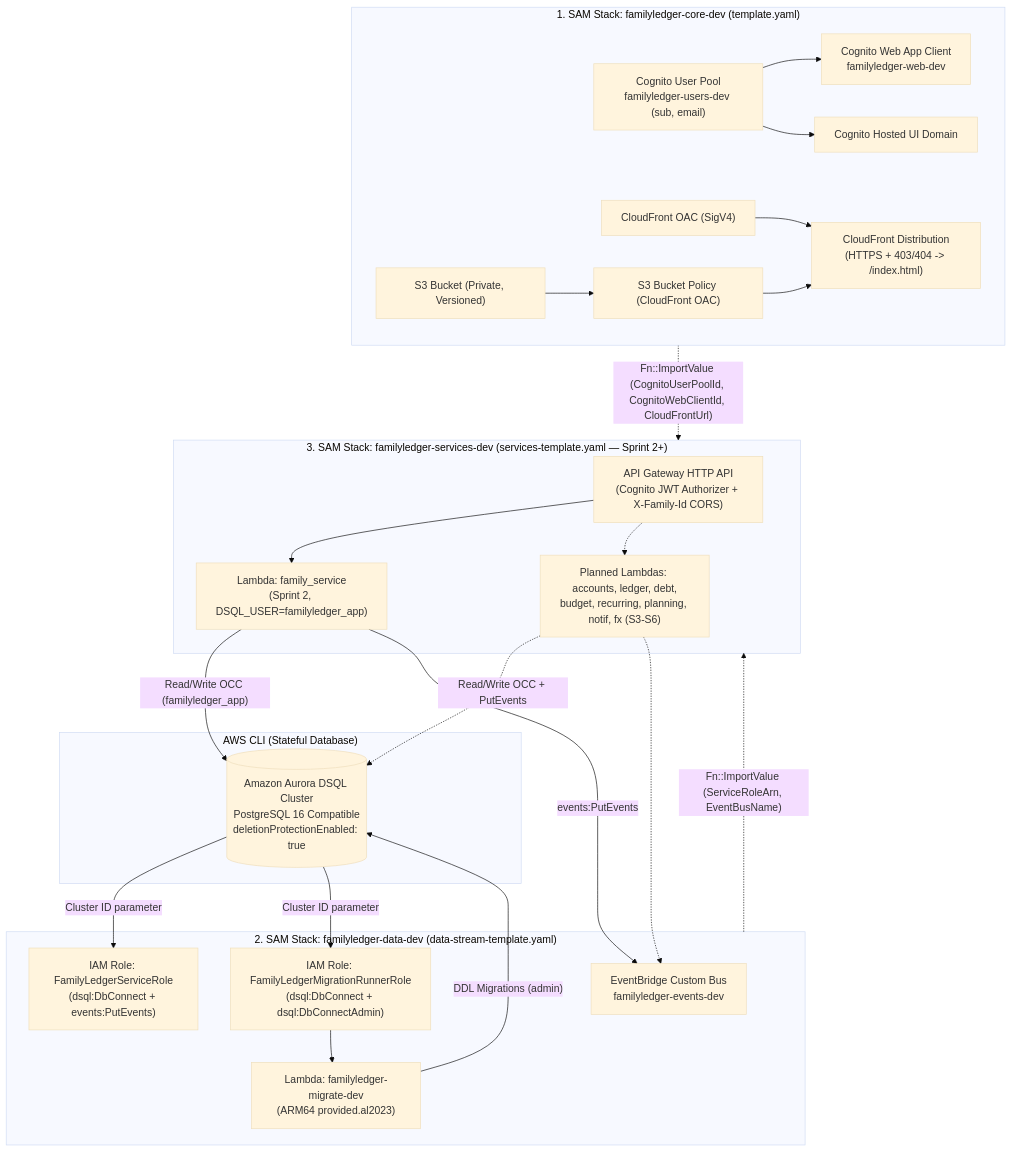
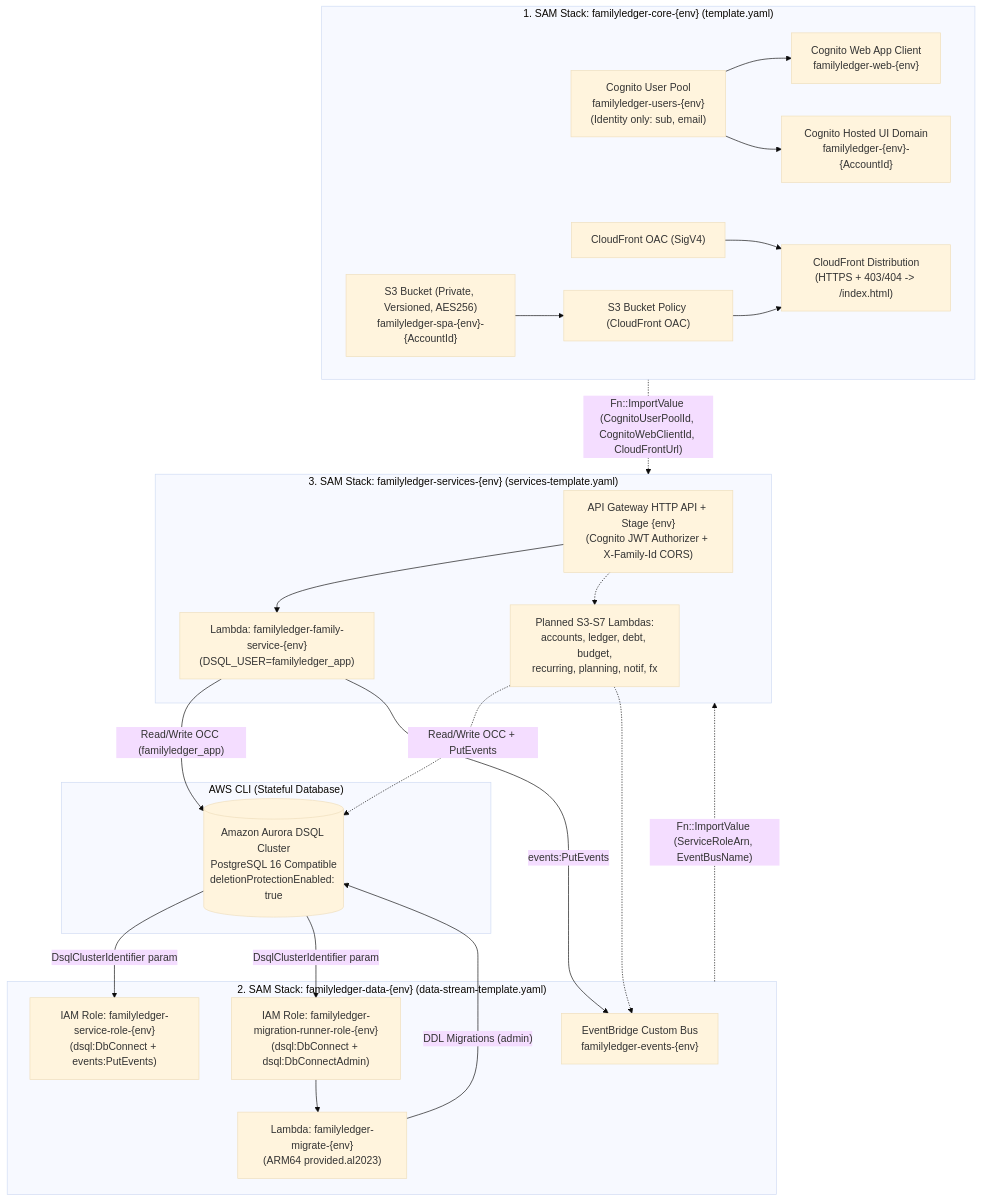
The diagram in architecture/aws-deployment-and-teardown.md (home-harmony/documentation), drawn with Mermaid (base theme) before and after one commit. The commit also changed other lines of this file and 5 other files, not shown here.

Commit message:
Add Sprint 2 AWS Deployment & Live Verification Guide for FamilyLedger

````diff
--- a/architecture/aws-deployment-and-teardown.md
+++ b/architecture/aws-deployment-and-teardown.md
@@ -71,47 +13,47 @@
 ```mermaid
 flowchart TD
     subgraph CLI["AWS CLI (Stateful Database)"]
         DSQL[("Amazon Aurora DSQL Cluster\nPostgreSQL 16 Compatible\ndeletionProtectionEnabled: true")]
     end
 
-    subgraph CoreStack["1. SAM Stack: familyledger-core-dev (template.yaml)"]
-        CognitoPool["Cognito User Pool\nfamilyledger-users-dev (sub, email)"]
-        CognitoClient["Cognito Web App Client\nfamilyledger-web-dev"]
-        CognitoDomain["Cognito Hosted UI Domain"]
-        SpaBucket["S3 Bucket (Private, Versioned)"]
+    subgraph CoreStack["1. SAM Stack: familyledger-core-{env} (template.yaml)"]
+        CognitoPool["Cognito User Pool\nfamilyledger-users-{env}\n(Identity only: sub, email)"]
+        CognitoClient["Cognito Web App Client\nfamilyledger-web-{env}"]
+        CognitoDomain["Cognito Hosted UI Domain\nfamilyledger-{env}-{AccountId}"]
+        SpaBucket["S3 Bucket (Private, Versioned, AES256)\nfamilyledger-spa-{env}-{AccountId}"]
         SpaBucketPolicy["S3 Bucket Policy (CloudFront OAC)"]
         CdnOac["CloudFront OAC (SigV4)"]
         Cdn["CloudFront Distribution\n(HTTPS + 403/404 -> /index.html)"]
         CognitoPool --> CognitoClient
         CognitoPool --> CognitoDomain
         SpaBucket --> SpaBucketPolicy
         CdnOac --> Cdn
         SpaBucketPolicy --> Cdn
     end
 
-    subgraph DataStack["2. SAM Stack: familyledger-data-dev (data-stream-template.yaml)"]
-        EventBus["EventBridge Custom Bus\nfamilyledger-events-dev"]
-        ServiceRole["IAM Role: FamilyLedgerServiceRole\n(dsql:DbConnect + events:PutEvents)"]
-        MigrateRole["IAM Role: FamilyLedgerMigrationRunnerRole\n(dsql:DbConnect + dsql:DbConnectAdmin)"]
-        MigrateFn["Lambda: familyledger-migrate-dev\n(ARM64 provided.al2023)"]
+    subgraph DataStack["2. SAM Stack: familyledger-data-{env} (data-stream-template.yaml)"]
+        EventBus["EventBridge Custom Bus\nfamilyledger-events-{env}"]
+        ServiceRole["IAM Role: familyledger-service-role-{env}\n(dsql:DbConnect + events:PutEvents)"]
+        MigrateRole["IAM Role: familyledger-migration-runner-role-{env}\n(dsql:DbConnect + dsql:DbConnectAdmin)"]
+        MigrateFn["Lambda: familyledger-migrate-{env}\n(ARM64 provided.al2023)"]
         MigrateRole --> MigrateFn
     end
 
-    subgraph ServicesStack["3. SAM Stack: familyledger-services-dev (services-template.yaml — Sprint 2+)"]
-        HttpApi["API Gateway HTTP API\n(Cognito JWT Authorizer + X-Family-Id CORS)"]
-        FamilyFn["Lambda: family_service\n(Sprint 2, DSQL_USER=familyledger_app)"]
-        FutureFns["Planned Lambdas: accounts, ledger, debt,\nbudget, recurring, planning, notif, fx (S3-S6)"]
+    subgraph ServicesStack["3. SAM Stack: familyledger-services-{env} (services-template.yaml)"]
+        HttpApi["API Gateway HTTP API + Stage {env}\n(Cognito JWT Authorizer + X-Family-Id CORS)"]
+        FamilyFn["Lambda: familyledger-family-service-{env}\n(DSQL_USER=familyledger_app)"]
+        FutureFns["Planned S3-S7 Lambdas:\naccounts, ledger, debt, budget,\nrecurring, planning, notif, fx"]
         HttpApi --> FamilyFn
         HttpApi -.-> FutureFns
     end
 
     CoreStack -.->|"Fn::ImportValue (CognitoUserPoolId, CognitoWebClientId, CloudFrontUrl)"| ServicesStack
     DataStack -.->|"Fn::ImportValue (ServiceRoleArn, EventBusName)"| ServicesStack
-    DSQL -->|"Cluster ID parameter"| ServiceRole
-    DSQL -->|"Cluster ID parameter"| MigrateRole
+    DSQL -->|"DsqlClusterIdentifier param"| ServiceRole
+    DSQL -->|"DsqlClusterIdentifier param"| MigrateRole
     MigrateFn -->|"DDL Migrations (admin)"| DSQL
     FamilyFn -->|"Read/Write OCC (familyledger_app)"| DSQL
     FamilyFn -->|"events:PutEvents"| EventBus
     FutureFns -.->|"Read/Write OCC + PutEvents"| DSQL
     FutureFns -.-> EventBus
 ```
````
